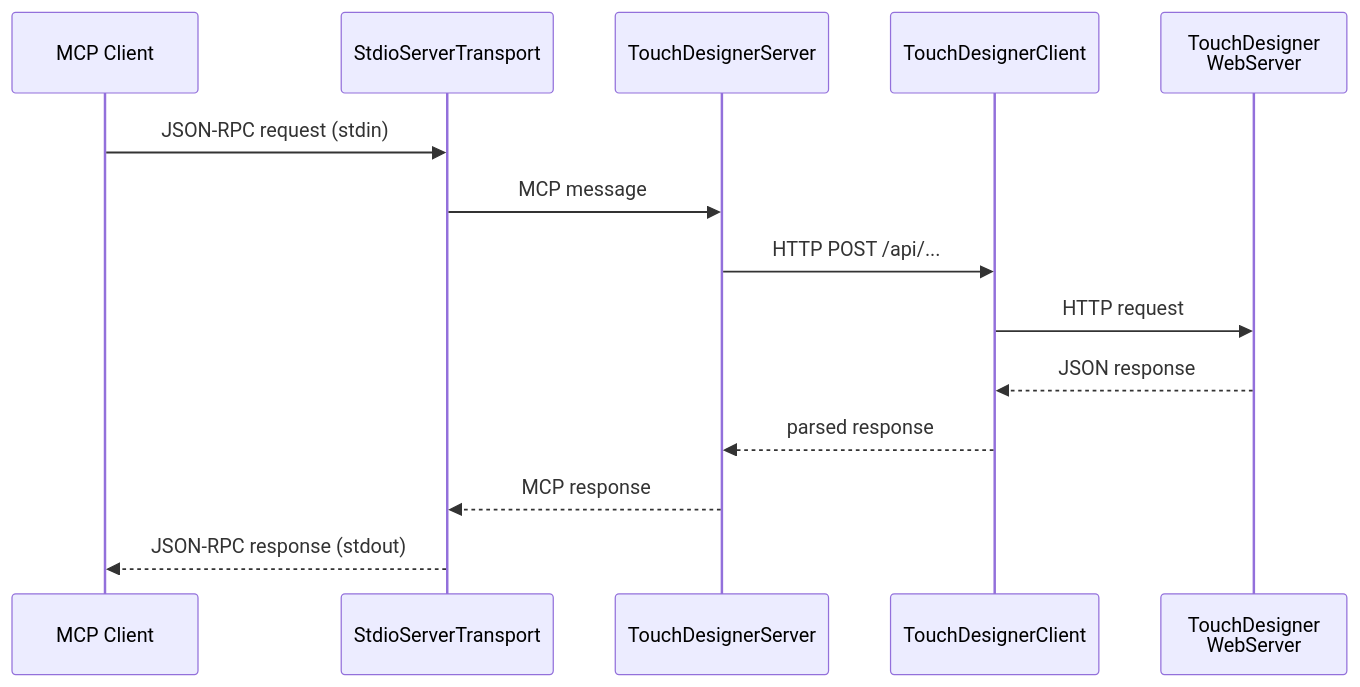
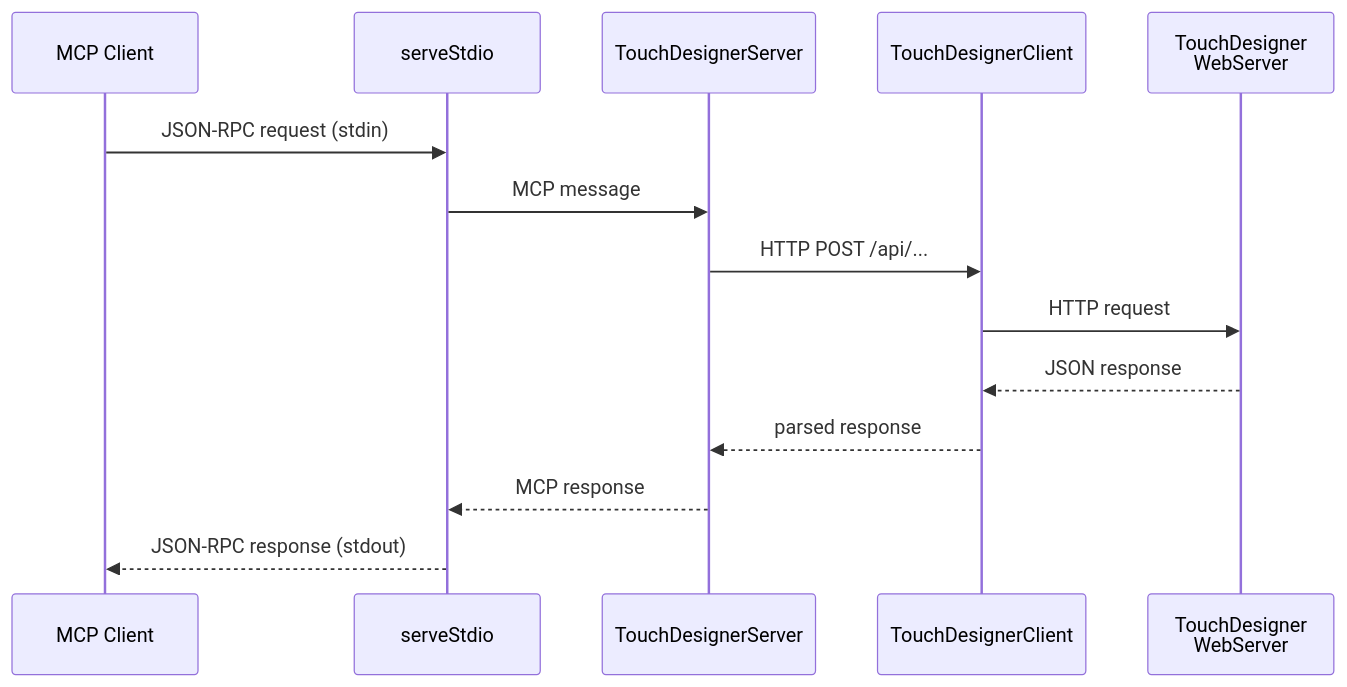
Before and after one commit to 8beeeaaat/touchdesigner-mcp: the eighth of 9 diagrams in docs/architecture.md, drawn with Mermaid. The commit also changed other lines of this file and 42 other files, not shown here.

````diff
--- a/docs/architecture.md
+++ b/docs/architecture.md
@@ -657,17 +503,17 @@
 ```mermaid
 sequenceDiagram
     participant Client as MCP Client
-    participant Stdio as StdioServerTransport
+    participant Stdio as serveStdio
     participant Server as TouchDesignerServer
     participant TDClient as TouchDesignerClient
     participant TD as TouchDesigner<br/>WebServer
 
     Client->>Stdio: JSON-RPC request (stdin)
     Stdio->>Server: MCP message
     Server->>TDClient: HTTP POST /api/...
     TDClient->>TD: HTTP request
     TD-->>TDClient: JSON response
     TDClient-->>Server: parsed response
     Server-->>Stdio: MCP response
     Stdio-->>Client: JSON-RPC response (stdout)
 ```
````
